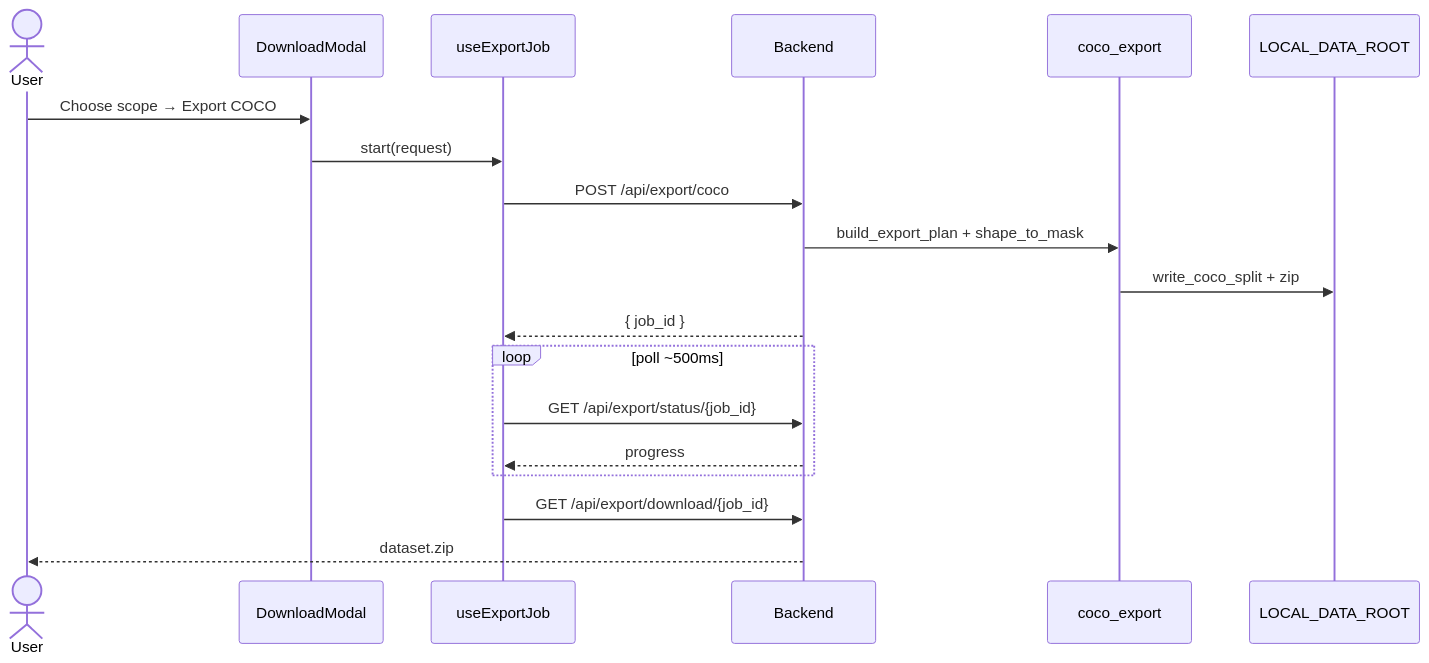
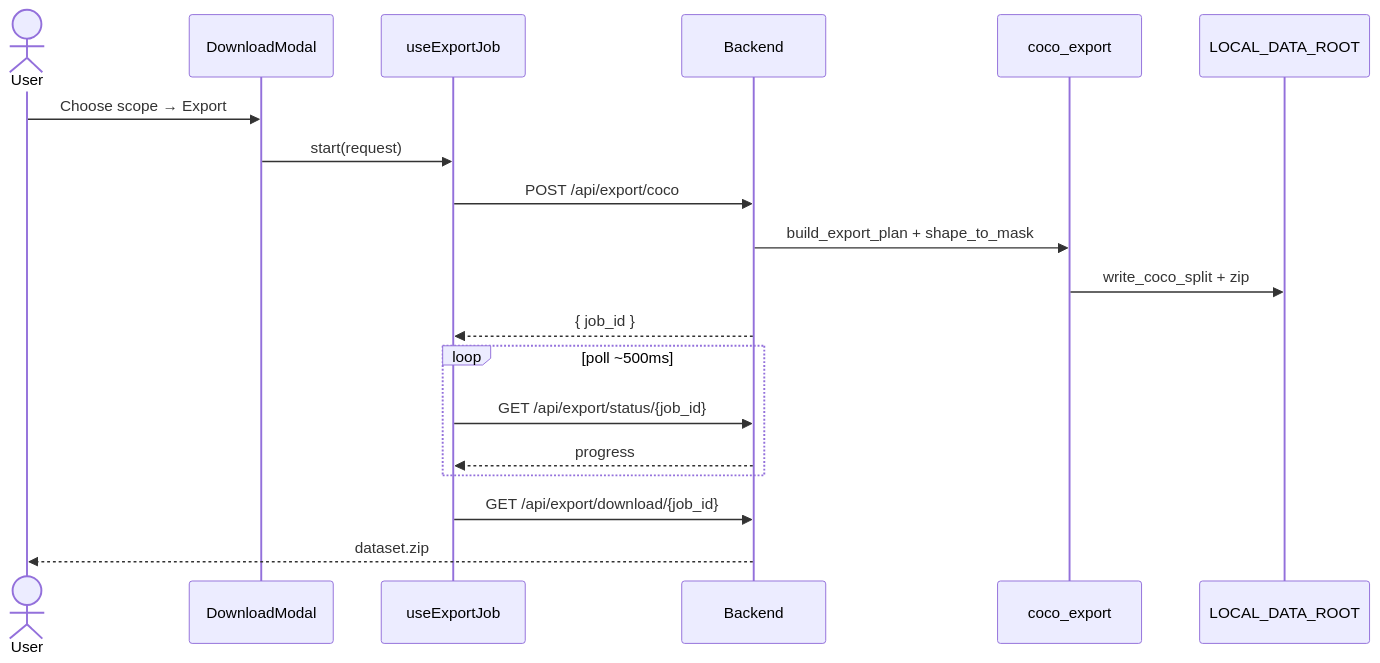
Before and after one commit to mlexchange/Segmentation_Annotation_Studio: diagram 11 of 11 in docs/reference/architecture.md, drawn with Mermaid. The commit also changed other lines of this file and 5 other files, not shown here.

````diff
--- a/docs/reference/architecture.md
+++ b/docs/reference/architecture.md
@@ -409,22 +444,22 @@
 ```mermaid
 sequenceDiagram
   actor User
   participant Modal as DownloadModal
   participant Job as useExportJob
   participant API as Backend
   participant CE as coco_export
   participant Disk as LOCAL_DATA_ROOT
 
-  User->>Modal: Choose scope → Export COCO
+  User->>Modal: Choose scope → Export
   Modal->>Job: start(request)
   Job->>API: POST /api/export/coco
   API->>CE: build_export_plan + shape_to_mask
   CE->>Disk: write_coco_split + zip
   API-->>Job: { job_id }
   loop poll ~500ms
     Job->>API: GET /api/export/status/{job_id}
     API-->>Job: progress
   end
   Job->>API: GET /api/export/download/{job_id}
   API-->>User: dataset.zip
 ```
````
